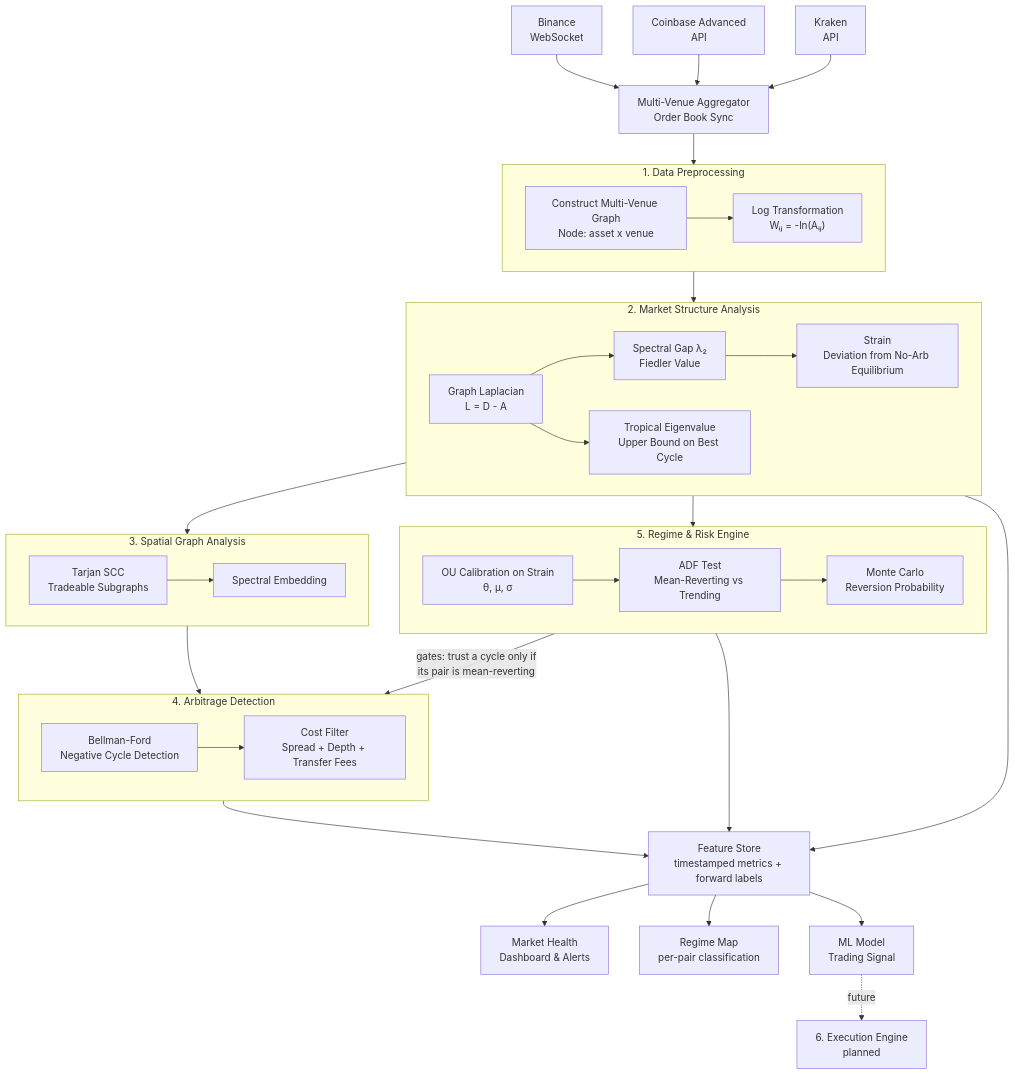
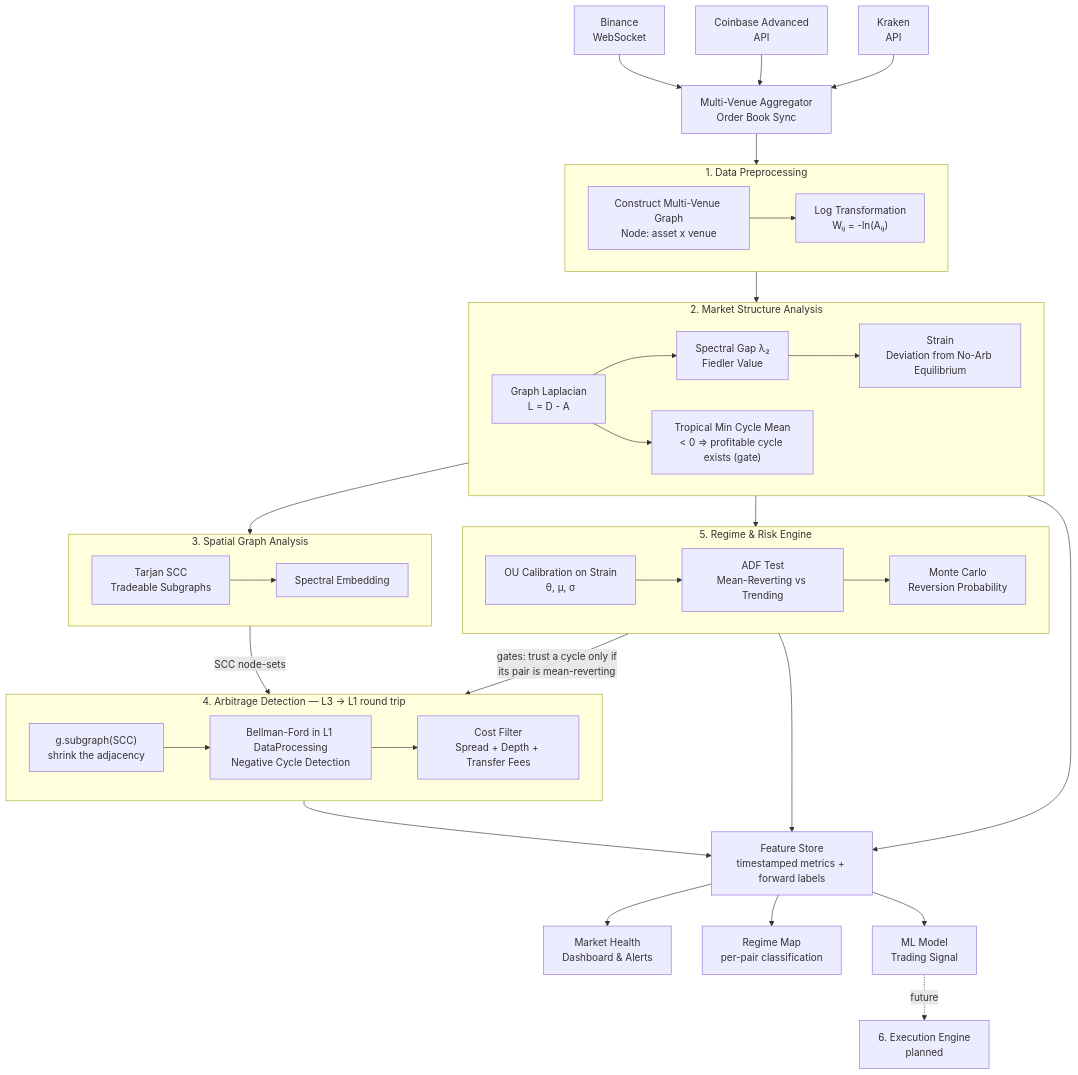
Before and after one commit to ducanh19082007/laplacian-market-signals: the diagram in README.md, drawn with Mermaid. The commit also changed other lines of this file and 10 other files, not shown here.

````diff
--- a/README.md
+++ b/README.md
@@ -15,66 +15,67 @@
 ```mermaid
 flowchart TD
 
     A1["Binance<br/>WebSocket"]
     A2["Coinbase Advanced<br/>API"]
     A3["Kraken<br/>API"]
     A1 & A2 & A3 --> M
 
     M["Multi-Venue Aggregator<br/>Order Book Sync"]
     M --> B
 
     subgraph B["1. Data Preprocessing"]
         B1["Construct Multi-Venue Graph<br/>Node: asset x venue"]
         B2["Log Transformation<br/>Wᵢⱼ = -ln(Aᵢⱼ)"]
         B1 --> B2
     end
 
     B --> C
     C --> D
     C --> F
 
     subgraph C["2. Market Structure Analysis"]
         C1["Graph Laplacian<br/>L = D - A"]
         C2["Spectral Gap λ₂<br/>Fiedler Value"]
-        C3["Tropical Eigenvalue<br/>Upper Bound on Best Cycle"]
+        C3["Tropical Min Cycle Mean<br/>< 0 ⇒ profitable cycle exists (gate)"]
         C4["Strain<br/>Deviation from No-Arb Equilibrium"]
         C1 --> C2
         C1 --> C3
         C2 --> C4
     end
 
     subgraph D["3. Spatial Graph Analysis"]
         D1["Tarjan SCC<br/>Tradeable Subgraphs"]
         D2["Spectral Embedding"]
         D1 --> D2
     end
 
     subgraph F["5. Regime & Risk Engine"]
         F1["OU Calibration on Strain<br/>θ, μ, σ"]
         F2["ADF Test<br/>Mean-Reverting vs Trending"]
         F3["Monte Carlo<br/>Reversion Probability"]
         F1 --> F2
         F2 --> F3
     end
 
-    D --> E
+    D -->|SCC node-sets| E
     F -->|gates: trust a cycle only if<br/>its pair is mean-reverting| E
 
-    subgraph E["4. Arbitrage Detection"]
-        E1["Bellman-Ford<br/>Negative Cycle Detection"]
+    subgraph E["4. Arbitrage Detection — L3 → L1 round trip"]
+        E0["g.subgraph(SCC)<br/>shrink the adjacency"]
+        E1["Bellman-Ford in L1 DataProcessing<br/>Negative Cycle Detection"]
         E2["Cost Filter<br/>Spread + Depth + Transfer Fees"]
-        E1 --> E2
+        E0 --> E1 --> E2
     end
 
     E --> G
     F --> G
     C --> G
 
     G["Feature Store<br/>timestamped metrics + forward labels"]
 
     G --> H1["Market Health<br/>Dashboard & Alerts"]
     G --> H2["Regime Map<br/>per-pair classification"]
     G --> H3["ML Model<br/>Trading Signal"]
 
     H3 -.->|future| I["6. Execution Engine<br/>planned"]
 ```
````
